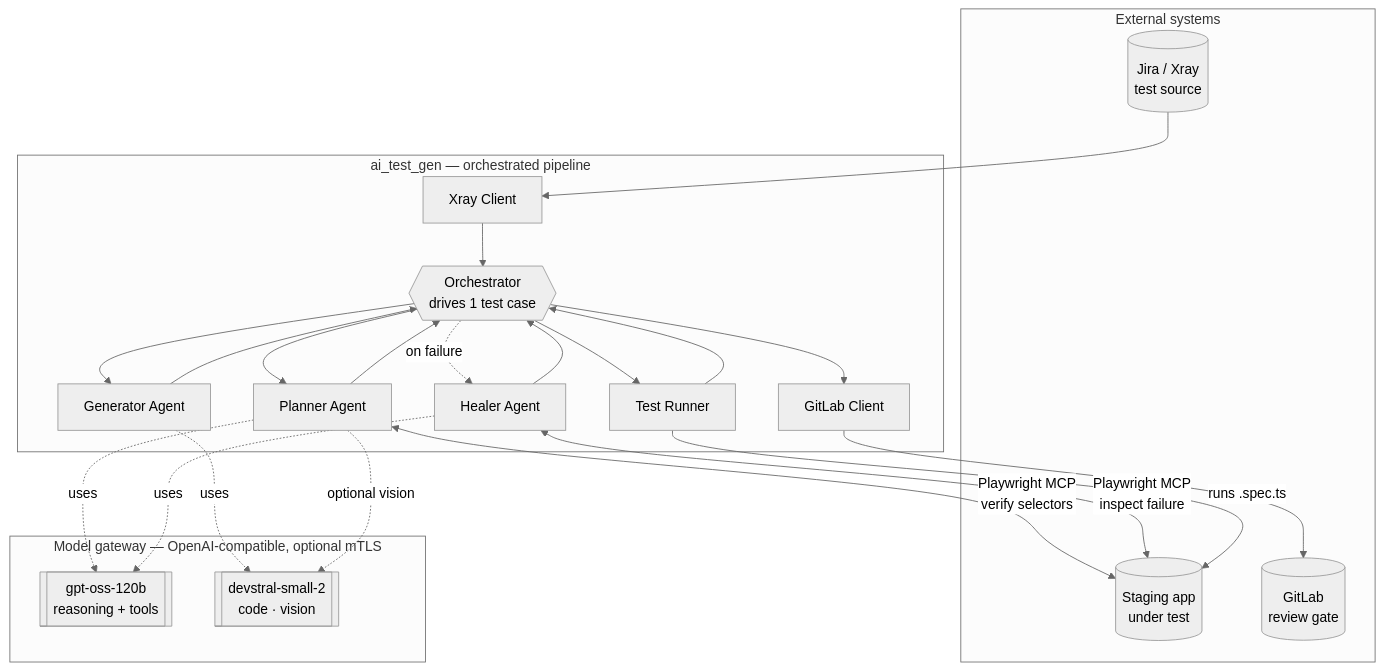
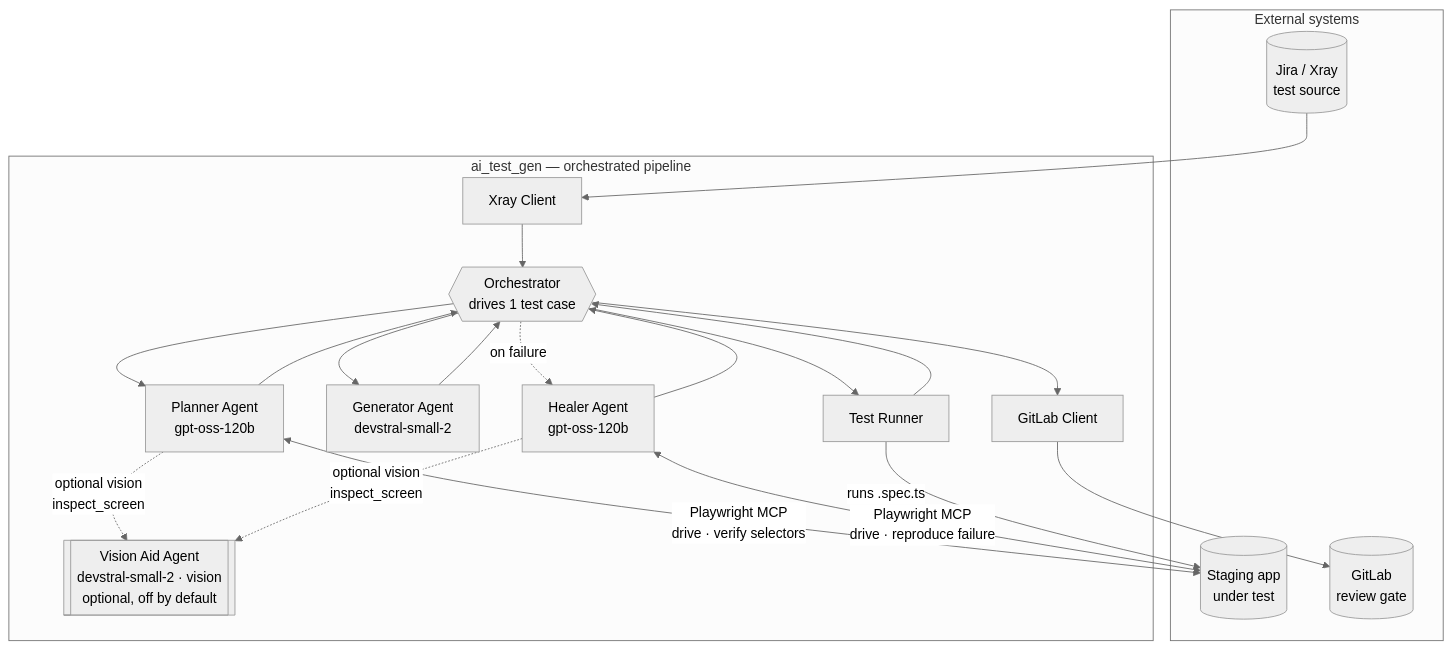
The first of 2 diagrams in docs/ARCHITECTURE.md (jpucic00/agentic-test-automation), drawn with Mermaid (neutral theme) before and after one commit. The commit also changed other lines of this file and 14 other files, not shown here.

````diff
--- a/docs/ARCHITECTURE.md
+++ b/docs/ARCHITECTURE.md
@@ -20,40 +20,34 @@
 ```mermaid
 flowchart TB
     subgraph ext[" External systems "]
         XRAY[("Jira / Xray<br/>test source")]
         STG[("Staging app<br/>under test")]
         GLAB[("GitLab<br/>review gate")]
     end
 
-    subgraph gw[" Model gateway — OpenAI-compatible, optional mTLS "]
-        REASON[["gpt-oss-120b<br/>reasoning + tools"]]
-        CODER[["devstral-small-2<br/>code · vision"]]
-    end
-
     subgraph app[" ai_test_gen — orchestrated pipeline "]
         ORCH{{Orchestrator<br/>drives 1 test case}}
         XC[Xray Client]
-        PL[Planner Agent]
-        GE[Generator Agent]
+        PL[Planner Agent<br/>gpt-oss-120b]
+        GE[Generator Agent<br/>devstral-small-2]
         RUN[Test Runner]
-        HE[Healer Agent]
+        HE[Healer Agent<br/>gpt-oss-120b]
         GL[GitLab Client]
+        VA[[Vision Aid Agent<br/>devstral-small-2 · vision<br/>optional, off by default]]
     end
 
     XRAY --> XC --> ORCH
     ORCH --> PL --> ORCH
     ORCH --> GE --> ORCH
     ORCH --> RUN --> ORCH
     ORCH -. on failure .-> HE
     HE --> ORCH
     ORCH --> GL --> GLAB
 
-    PL <-->|Playwright MCP<br/>verify selectors| STG
-    HE <-->|Playwright MCP<br/>inspect failure| STG
+    PL <-->|Playwright MCP<br/>drive · verify selectors| STG
+    HE <-->|Playwright MCP<br/>drive · reproduce failure| STG
     RUN -->|runs .spec.ts| STG
 
-    PL -. uses .-> REASON
-    HE -. uses .-> REASON
-    GE -. uses .-> CODER
-    PL -. optional vision .-> CODER
+    PL -. optional vision<br/>inspect_screen .-> VA
+    HE -. optional vision<br/>inspect_screen .-> VA
 ```
````
